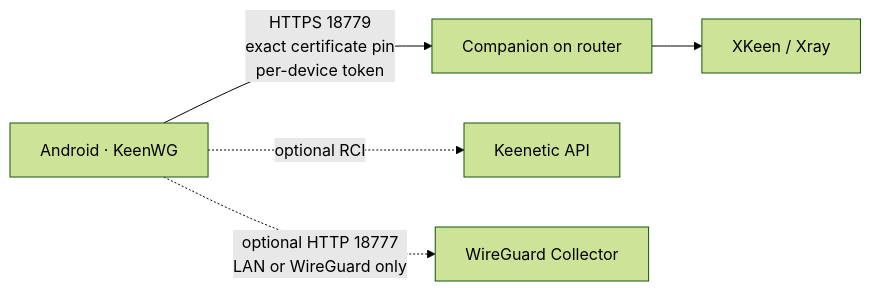
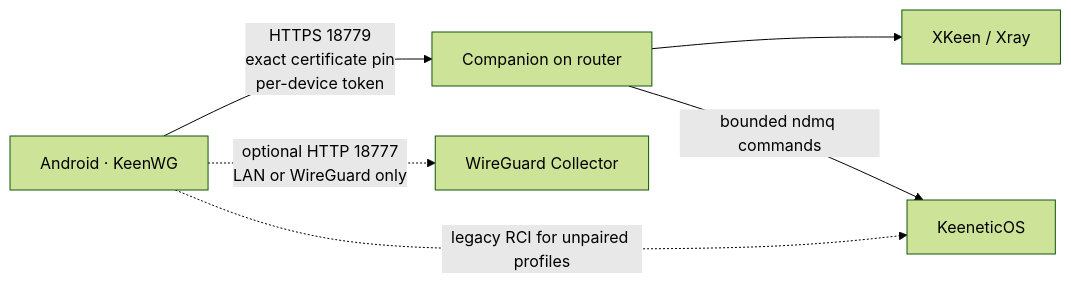
The diagram in README.md (apex-intellect/keenwg), drawn with Mermaid (forest theme) before and after one commit. The commit also changed other lines of this file and 58 other files, not shown here.

````diff
--- a/README.md
+++ b/README.md
@@ -30,7 +30,8 @@
 ```mermaid
 flowchart LR
     A[Android · KeenWG] -->|HTTPS 18779<br/>exact certificate pin<br/>per-device token| C[Companion on router]
     C --> X[XKeen / Xray]
-    A -. optional RCI .-> K[Keenetic API]
+    C -->|bounded ndmq commands| K[KeeneticOS]
+    A -. legacy RCI for unpaired profiles .-> K
     A -. optional HTTP 18777<br/>LAN or WireGuard only .-> H[WireGuard Collector]
 ```
````
